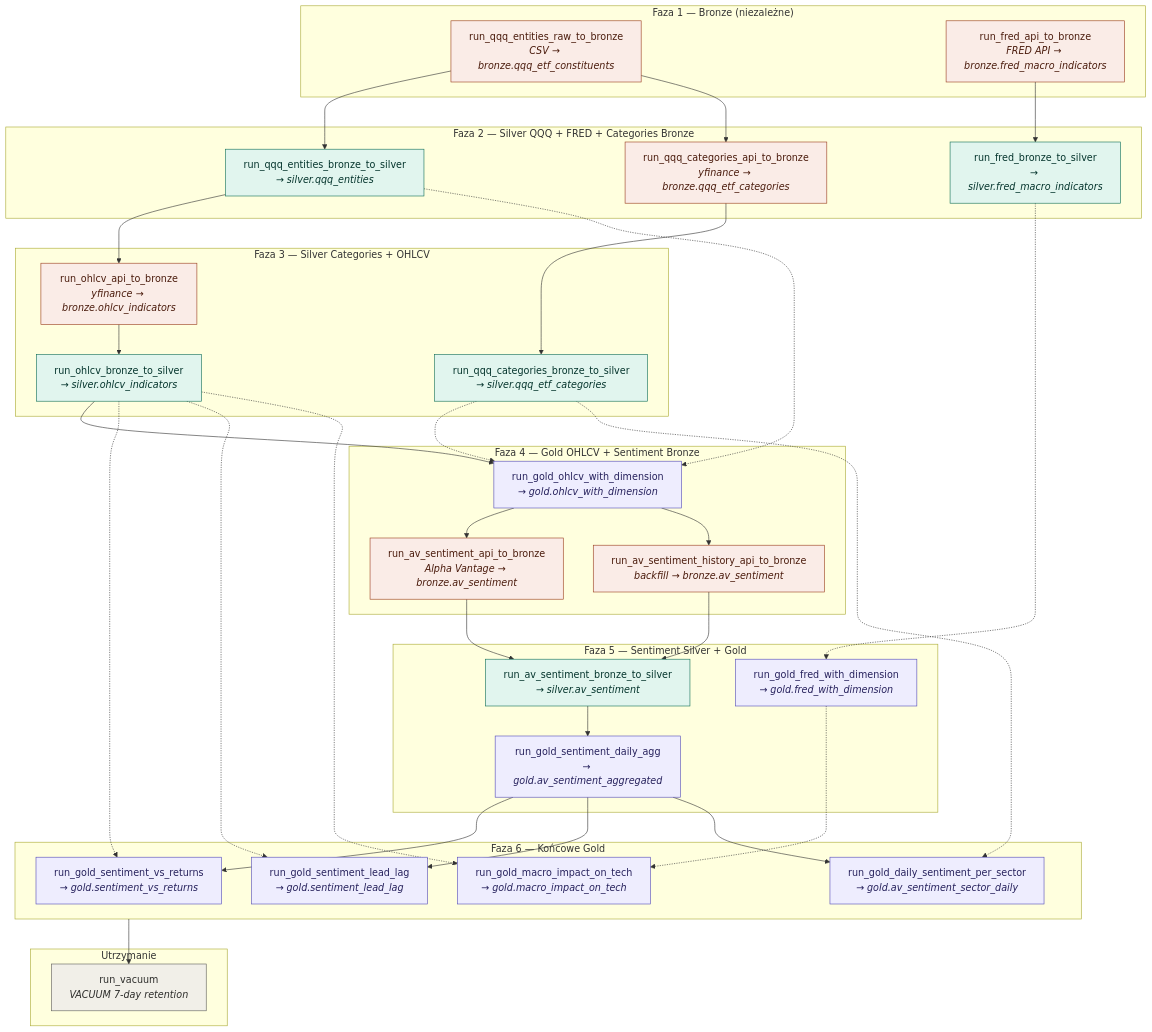
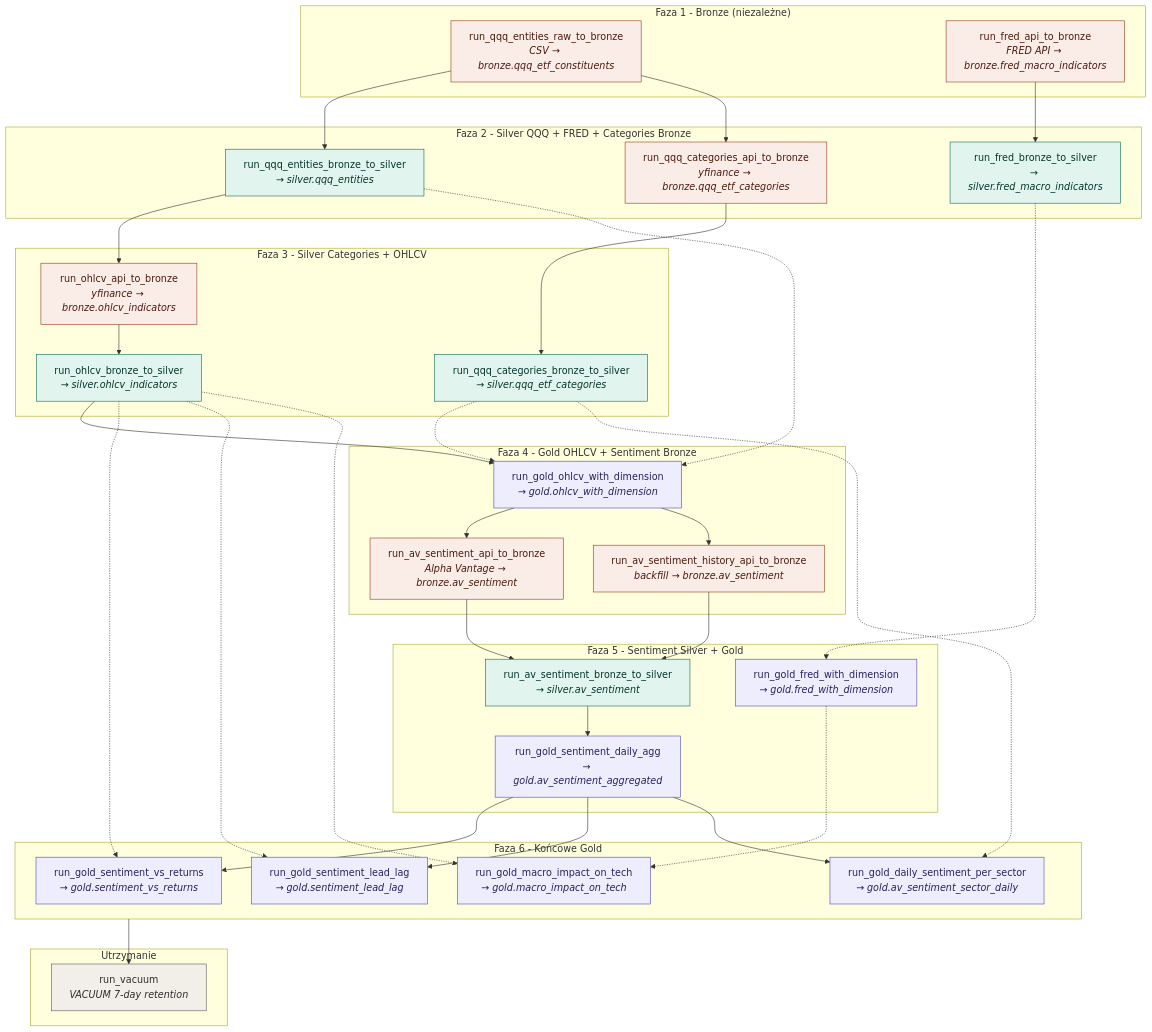
The diagram in README.md (ur64n/dbx-invest-analytics), drawn with Mermaid before and after one commit.

````diff
--- a/README.md
+++ b/README.md
@@ -172,35 +172,35 @@
 ```mermaid
 flowchart TD
-    subgraph phase1["Faza 1 — Bronze (niezależne)"]
+    subgraph phase1["Faza 1 - Bronze (niezależne)"]
         QQQ_CSV["run_qqq_entities_raw_to_bronze<br/><i>CSV → bronze.qqq_etf_constituents</i>"]
         FRED_API["run_fred_api_to_bronze<br/><i>FRED API → bronze.fred_macro_indicators</i>"]
     end
 
-    subgraph phase2["Faza 2 — Silver QQQ + FRED + Categories Bronze"]
+    subgraph phase2["Faza 2 - Silver QQQ + FRED + Categories Bronze"]
         QQQ_SILVER["run_qqq_entities_bronze_to_silver<br/><i>→ silver.qqq_entities</i>"]
         FRED_SILVER["run_fred_bronze_to_silver<br/><i>→ silver.fred_macro_indicators</i>"]
         CAT_BRONZE["run_qqq_categories_api_to_bronze<br/><i>yfinance → bronze.qqq_etf_categories</i>"]
     end
 
-    subgraph phase3["Faza 3 — Silver Categories + OHLCV"]
+    subgraph phase3["Faza 3 - Silver Categories + OHLCV"]
         CAT_SILVER["run_qqq_categories_bronze_to_silver<br/><i>→ silver.qqq_etf_categories</i>"]
         OHLCV_BRONZE["run_ohlcv_api_to_bronze<br/><i>yfinance → bronze.ohlcv_indicators</i>"]
         OHLCV_SILVER["run_ohlcv_bronze_to_silver<br/><i>→ silver.ohlcv_indicators</i>"]
     end
 
-    subgraph phase4["Faza 4 — Gold OHLCV + Sentiment Bronze"]
+    subgraph phase4["Faza 4 - Gold OHLCV + Sentiment Bronze"]
         GOLD_OHLCV["run_gold_ohlcv_with_dimension<br/><i>→ gold.ohlcv_with_dimension</i>"]
         AV_BRONZE["run_av_sentiment_api_to_bronze<br/><i>Alpha Vantage → bronze.av_sentiment</i>"]
         AV_HISTORY["run_av_sentiment_history_api_to_bronze<br/><i>backfill → bronze.av_sentiment</i>"]
     end
 
-    subgraph phase5["Faza 5 — Sentiment Silver + Gold"]
+    subgraph phase5["Faza 5 - Sentiment Silver + Gold"]
         AV_SILVER["run_av_sentiment_bronze_to_silver<br/><i>→ silver.av_sentiment</i>"]
         GOLD_FRED["run_gold_fred_with_dimension<br/><i>→ gold.fred_with_dimension</i>"]
         GOLD_SENT_AGG["run_gold_sentiment_daily_agg<br/><i>→ gold.av_sentiment_aggregated</i>"]
     end
 
-    subgraph phase6["Faza 6 — Końcowe Gold"]
+    subgraph phase6["Faza 6 - Końcowe Gold"]
         GOLD_VS_RET["run_gold_sentiment_vs_returns<br/><i>→ gold.sentiment_vs_returns</i>"]
         GOLD_LEAD_LAG["run_gold_sentiment_lead_lag<br/><i>→ gold.sentiment_lead_lag</i>"]
         GOLD_SECTOR["run_gold_daily_sentiment_per_sector<br/><i>→ gold.av_sentiment_sector_daily</i>"]
````
